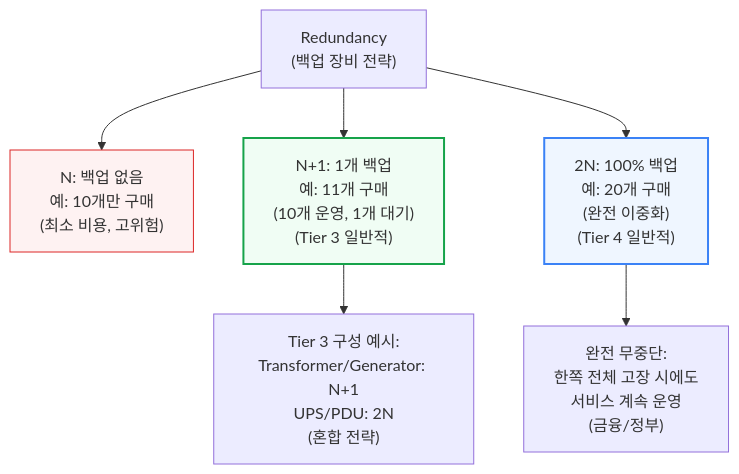
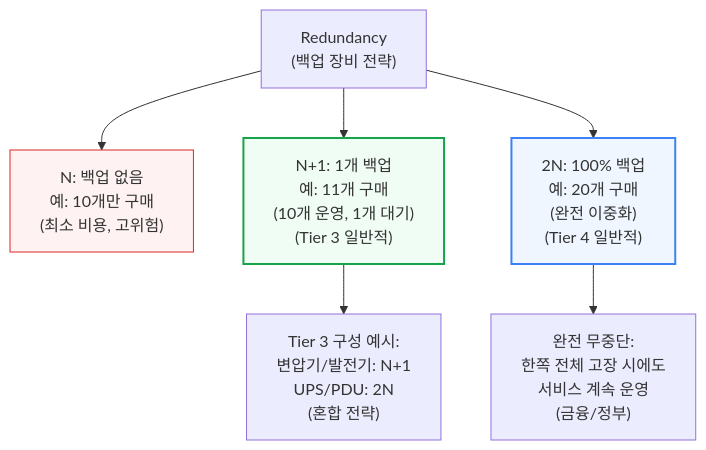
One commit to yohan4477/semi-report changed the fourth of 10 diagrams in 원본 해석/[2024-10-14] 데이터센터 해부학 Part 1 - 전기 시스템.md. Above: the diagram before and after it, drawn with Mermaid. The commit also changed other lines of this file, not shown here.

````diff
--- a/원본 해석/[2024-10-14] 데이터센터 해부학 Part 1 - 전기 시스템.md
+++ b/원본 해석/[2024-10-14] 데이터센터 해부학 Part 1 - 전기 시스템.md
@@ -171,13 +171,13 @@
 ```mermaid
 flowchart TD
     Redundancy["Redundancy<br/>(백업 장비 전략)"] --> N["N: 백업 없음<br/>예: 10개만 구매<br/>(최소 비용, 고위험)"]
     Redundancy --> N1["N+1: 1개 백업<br/>예: 11개 구매<br/>(10개 운영, 1개 대기)<br/>(Tier 3 일반적)"]
     Redundancy --> TwoN["2N: 100% 백업<br/>예: 20개 구매<br/>(완전 이중화)<br/>(Tier 4 일반적)"]
 
-    N1 --> Example1["Tier 3 구성 예시:<br/>Transformer/Generator: N+1<br/>UPS/PDU: 2N<br/>(혼합 전략)"]
+    N1 --> Example1["Tier 3 구성 예시:<br/>변압기/발전기: N+1<br/>UPS/PDU: 2N<br/>(혼합 전략)"]
     TwoN --> Example2["완전 무중단:<br/>한쪽 전체 고장 시에도<br/>서비스 계속 운영<br/>(금융/정부)"]
 
     style N fill:#fef2f2,stroke:#dc2626
     style N1 fill:#f0fdf4,stroke:#16a34a,stroke-width:2px
     style TwoN fill:#eff6ff,stroke:#3b82f6,stroke-width:2px
 ```
````
